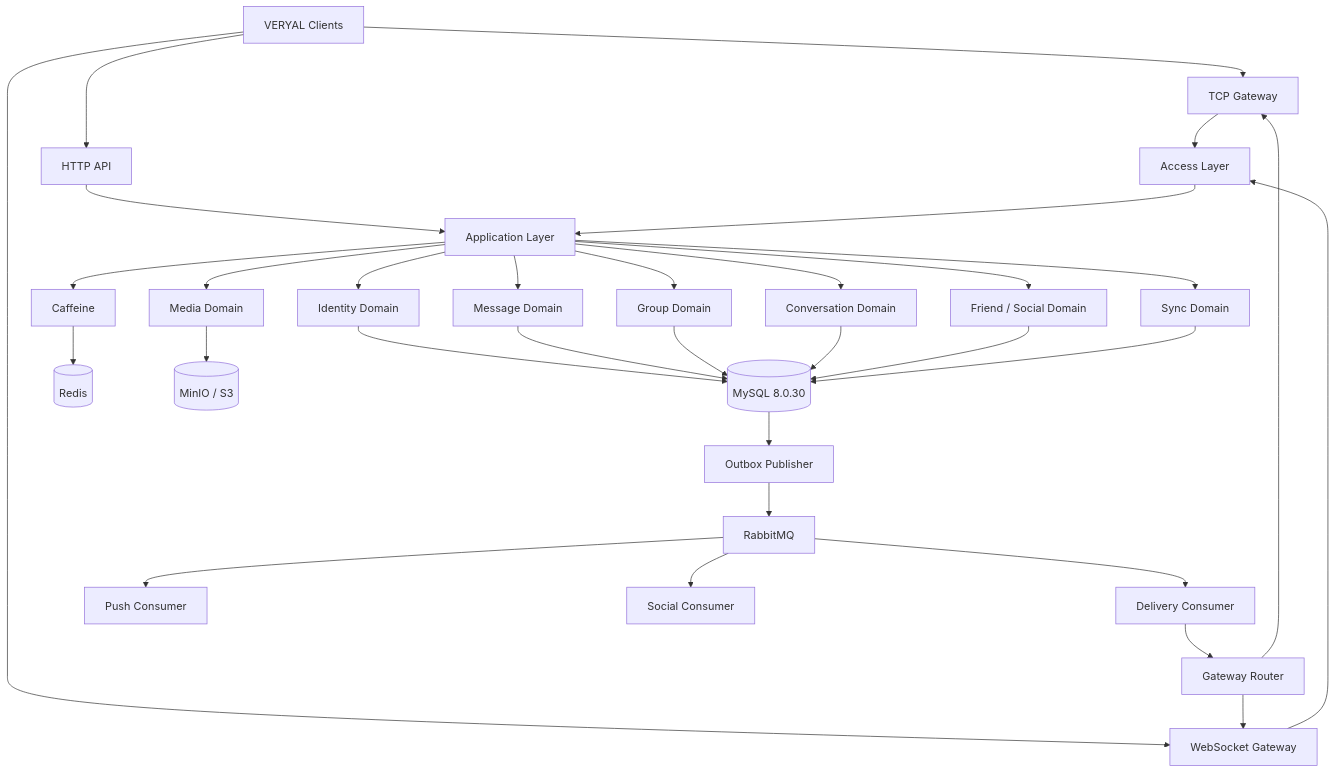
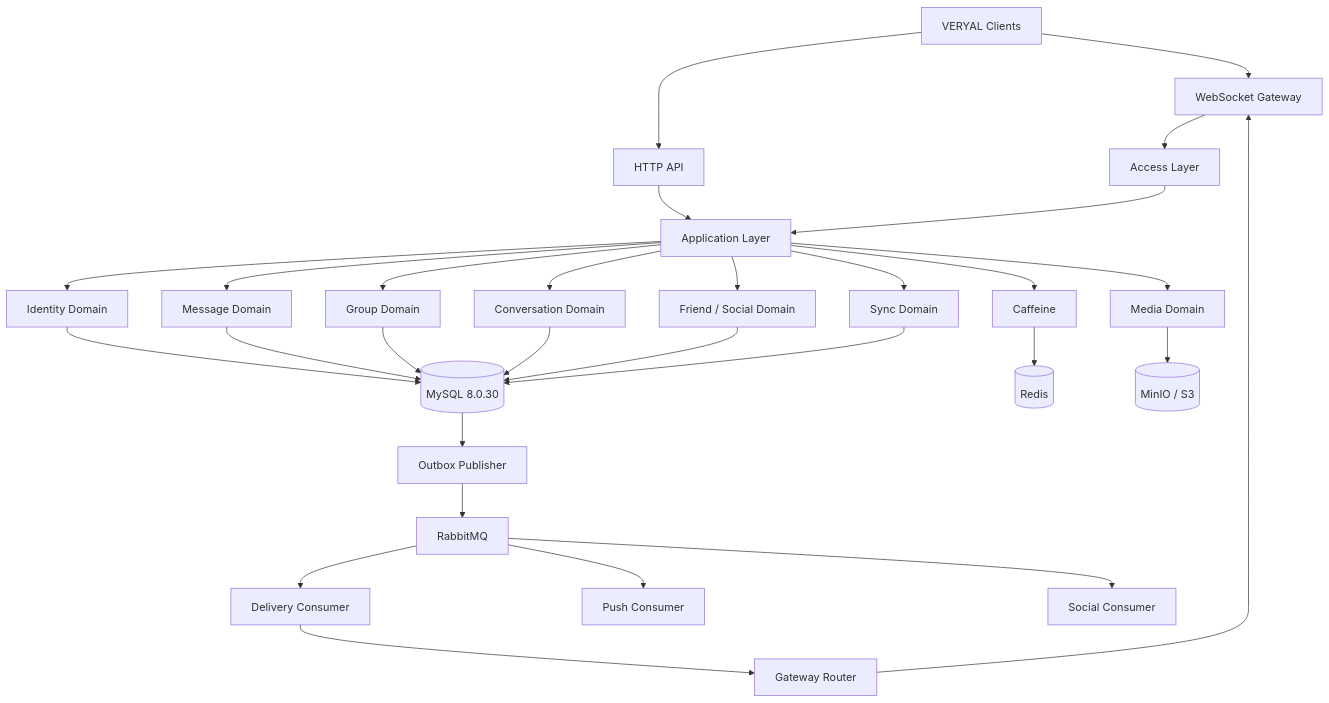
Before and after one commit to Thea-Wynne-Blis/veryaIM: the first of 7 diagrams in docs/VERYAL-V1.0-技术架构与开发设计文档.md, drawn with Mermaid. The commit also changed other lines of this file and 62 other files, not shown here.

````diff
--- a/docs/VERYAL-V1.0-技术架构与开发设计文档.md
+++ b/docs/VERYAL-V1.0-技术架构与开发设计文档.md
@@ -401,46 +401,43 @@
 ```mermaid
 flowchart TB
 
     CLIENT[VERYAL Clients]
 
-    CLIENT --> TCP[TCP Gateway]
     CLIENT --> WS[WebSocket Gateway]
     CLIENT --> HTTP[HTTP API]
 
-    TCP --> ACCESS[Access Layer]
-    WS --> ACCESS
+    WS --> ACCESS[Access Layer]
     HTTP --> APP[Application Layer]
 
     ACCESS --> APP
 
     APP --> USER[Identity Domain]
     APP --> MESSAGE[Message Domain]
     APP --> GROUP[Group Domain]
     APP --> CONV[Conversation Domain]
     APP --> FRIEND[Friend / Social Domain]
     APP --> SYNC[Sync Domain]
     APP --> MEDIA[Media Domain]
 
     USER --> MYSQL[(MySQL 8.0.30)]
     MESSAGE --> MYSQL
     GROUP --> MYSQL
     CONV --> MYSQL
     FRIEND --> MYSQL
     SYNC --> MYSQL
 
     APP --> CACHE[Caffeine]
     CACHE --> REDIS[(Redis)]
 
     MYSQL --> OUTBOX[Outbox Publisher]
     OUTBOX --> MQ[RabbitMQ]
 
     MQ --> DELIVERY[Delivery Consumer]
     MQ --> PUSH[Push Consumer]
     MQ --> SOCIAL[Social Consumer]
 
     DELIVERY --> ROUTER[Gateway Router]
-    ROUTER --> TCP
     ROUTER --> WS
 
     MEDIA --> S3[(MinIO / S3)]
 ```
````
